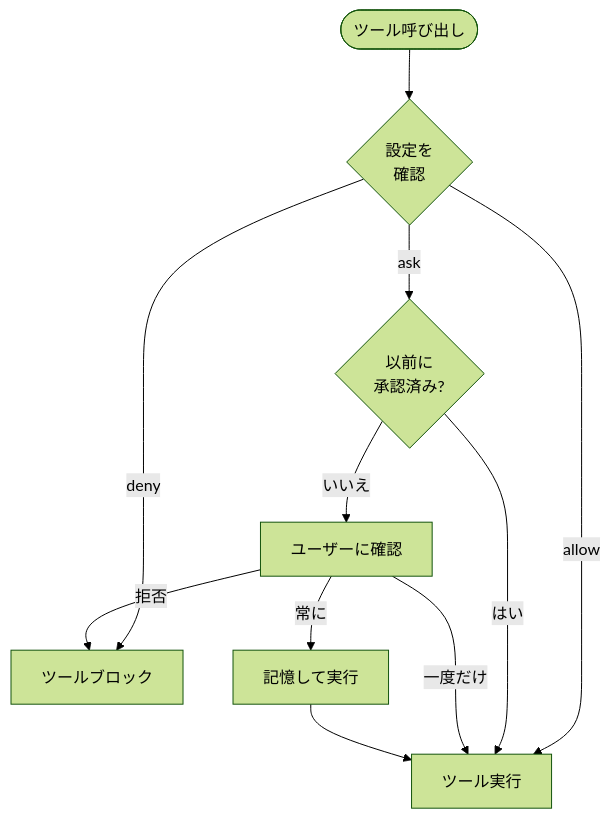
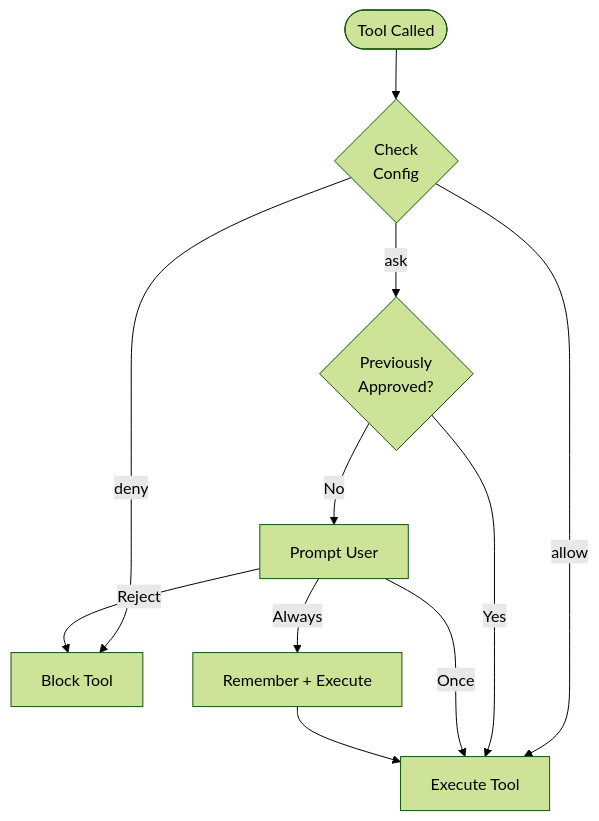
The diagram in packages/docs/src/docs/data/docs/ja/configuration/permissions.mdx (CyberStrikeus/CyberStrike), drawn with Mermaid (forest theme) before and after one commit. The commit also changed other lines of this file and 108 other files, not shown here.

````diff
--- a/packages/docs/src/docs/data/docs/ja/configuration/permissions.mdx
+++ b/packages/docs/src/docs/data/docs/ja/configuration/permissions.mdx
@@ -31,13 +13,13 @@
 ```mermaid
 flowchart TD
-    ToolCall([ツール呼び出し]) --> CheckConfig{設定を\n確認}
-    CheckConfig -->|allow| Execute[ツール実行]
-    CheckConfig -->|deny| Block[ツールブロック]
-    CheckConfig -->|ask| CheckApproved{以前に\n承認済み?}
-    CheckApproved -->|はい| Execute
-    CheckApproved -->|いいえ| AskUser[ユーザーに確認]
-    AskUser -->|一度だけ| Execute
-    AskUser -->|常に| Remember[記憶して実行]
-    AskUser -->|拒否| Block
+    ToolCall([Tool Called]) --> CheckConfig{Check\nConfig}
+    CheckConfig -->|allow| Execute[Execute Tool]
+    CheckConfig -->|deny| Block[Block Tool]
+    CheckConfig -->|ask| CheckApproved{Previously\nApproved?}
+    CheckApproved -->|Yes| Execute
+    CheckApproved -->|No| AskUser[Prompt User]
+    AskUser -->|Once| Execute
+    AskUser -->|Always| Remember[Remember + Execute]
+    AskUser -->|Reject| Block
     Remember --> Execute
 ```
````
